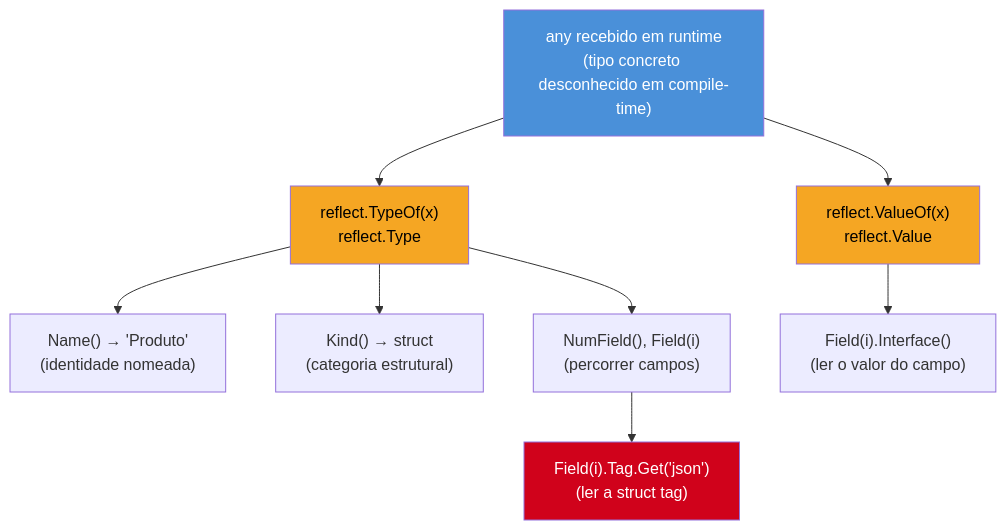
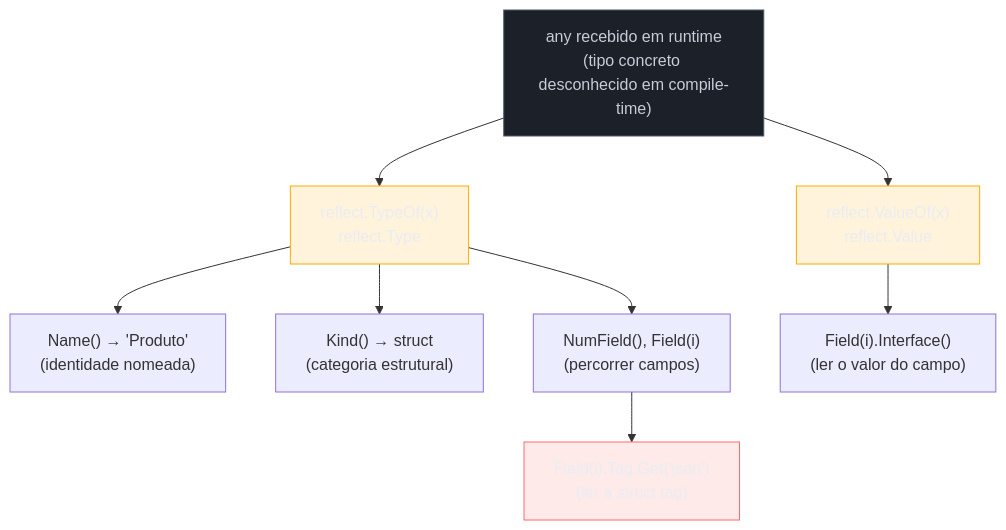
The second of 3 diagrams in 03-Dominios/Tecnologia/Go/02 - Tipos, structs e métodos/07 - Struct tags e reflection básica.md (josenaldo/codex-technomanticus), drawn with Mermaid before and after one commit. The commit also changed other lines of this file and 1181 other files, not shown here.

First line of the commit message:
fix(diagramas): paleta do sistema no lugar de cor cravada no markdown

````diff
--- a/03-Dominios/Tecnologia/Go/02 - Tipos, structs e métodos/07 - Struct tags e reflection básica.md
+++ b/03-Dominios/Tecnologia/Go/02 - Tipos, structs e métodos/07 - Struct tags e reflection básica.md
@@ -168,15 +171,18 @@
 ```mermaid
 flowchart TB
+    classDef neutro fill:#1B2029,stroke:#4E5666,color:#C6CCD8
+    classDef destaque fill:#FFAA0024,stroke:#FFAA00,color:#E9ECF2
+    classDef falha fill:#FF6B6B24,stroke:#FF6B6B,color:#E9ECF2
     A["any recebido em runtime\n(tipo concreto desconhecido em compile-time)"] --> B["reflect.TypeOf(x)\nreflect.Type"]
     A --> C["reflect.ValueOf(x)\nreflect.Value"]
     B --> D["Name() → 'Produto'\n(identidade nomeada)"]
     B --> E["Kind() → struct\n(categoria estrutural)"]
     B --> F["NumField(), Field(i)\n(percorrer campos)"]
     F --> G["Field(i).Tag.Get('json')\n(ler a struct tag)"]
     C --> H["Field(i).Interface()\n(ler o valor do campo)"]
 
-    style A fill:#4A90D9,color:#fff
-    style B fill:#F5A623,color:#000
-    style C fill:#F5A623,color:#000
-    style G fill:#D0021B,color:#fff
+    class A neutro
+    class B destaque
+    class C destaque
+    class G falha
 ```
````
